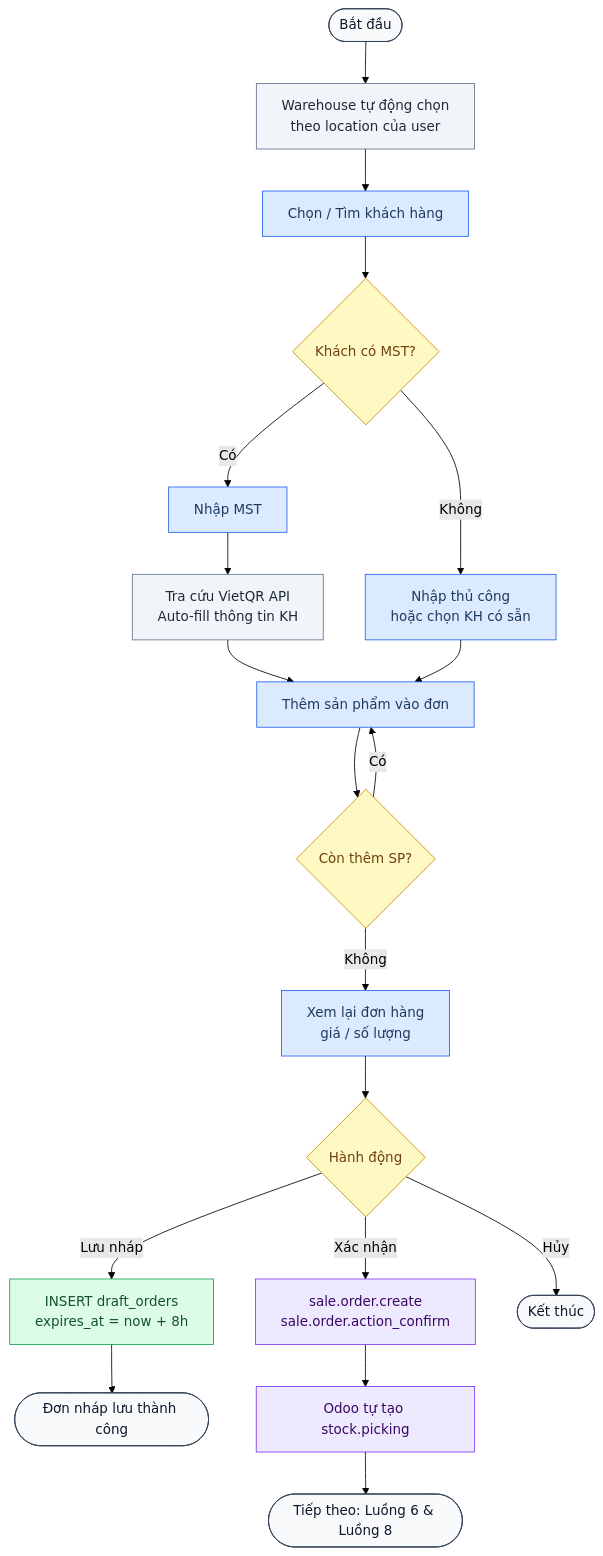
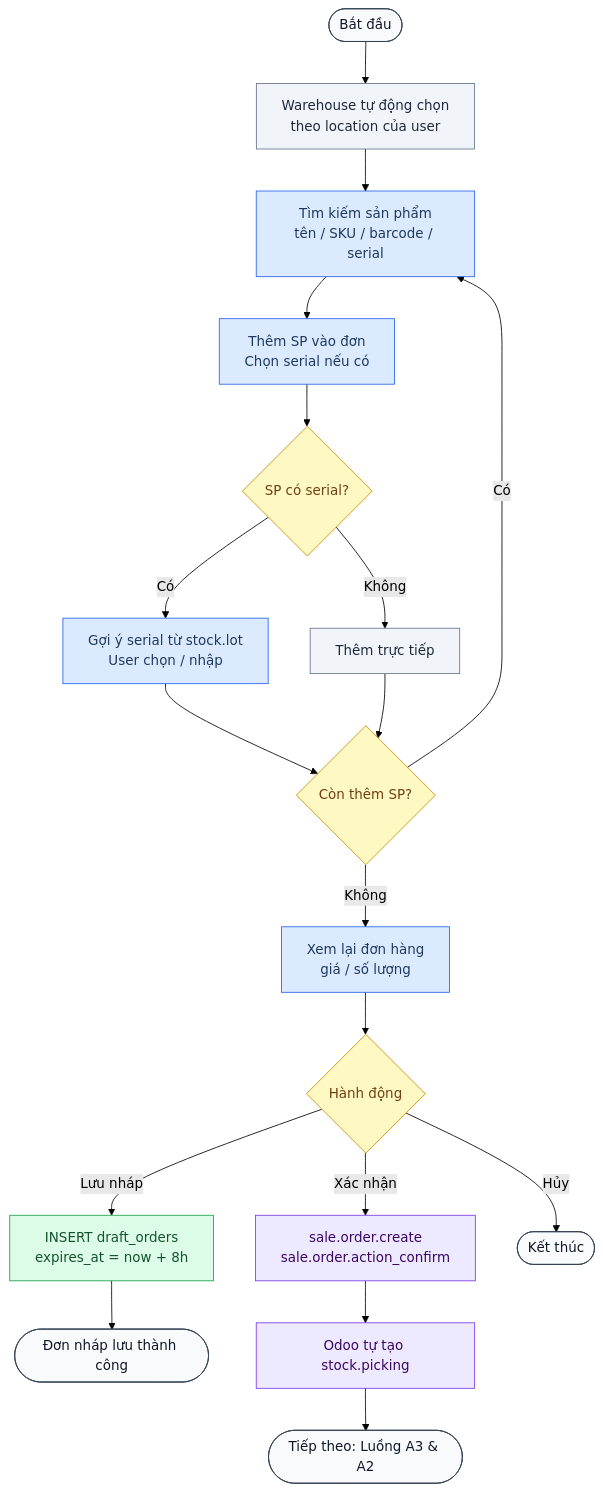
The first of 12 diagrams in docs/process_flow.md (ngohuuduc/VJ_mobile_POS), drawn with Mermaid (forest theme) before and after one commit. The commit also changed other lines of this file and 5 other files, not shown here.

````diff
--- a/docs/process_flow.md
+++ b/docs/process_flow.md
@@ -57,29 +57,28 @@
 ```mermaid
 flowchart TD
     classDef user fill:#DBEAFE,stroke:#2563EB,color:#1e3a5f
     classDef system fill:#F1F5F9,stroke:#64748B,color:#1e293b
     classDef odoo fill:#EDE9FE,stroke:#7C3AED,color:#3b0764
     classDef db fill:#DCFCE7,stroke:#16A34A,color:#14532d
     classDef decision fill:#FEF9C3,stroke:#CA8A04,color:#713f12
     classDef terminal fill:#F8FAFC,stroke:#334155,color:#0f172a
     classDef warning fill:#FEE2E2,stroke:#DC2626,color:#7f1d1d
 
     A([Bắt đầu]):::terminal --> B[Warehouse tự động chọn\ntheo location của user]:::system
-    B --> C[Chọn / Tìm khách hàng]:::user
-    C --> D{Khách có MST?}:::decision
-    D -- Có --> E[Nhập MST]:::user
-    E --> F[Tra cứu VietQR API\nAuto-fill thông tin KH]:::system
-    D -- Không --> G[Nhập thủ công\nhoặc chọn KH có sẵn]:::user
-    F --> H[Thêm sản phẩm vào đơn]:::user
+    B --> C[Tìm kiếm sản phẩm\ntên / SKU / barcode / serial]:::user
+    C --> D[Thêm SP vào đơn\nChọn serial nếu có]:::user
+    D --> E{SP có serial?}:::decision
+    E -- Có --> F[Gợi ý serial từ stock.lot\nUser chọn / nhập]:::user
+    E -- Không --> G[Thêm trực tiếp]:::system
+    F --> H{Còn thêm SP?}:::decision
     G --> H
-    H --> I{Còn thêm SP?}:::decision
-    I -- Có --> H
-    I -- Không --> J[Xem lại đơn hàng\ngiá / số lượng]:::user
-    J --> K{Hành động}:::decision
-    K -- Lưu nháp --> L[INSERT draft_orders\nexpires_at = now + 8h]:::db
-    L --> M([Đơn nháp lưu thành công]):::terminal
-    K -- Xác nhận --> N[sale.order.create\nsale.order.action_confirm]:::odoo
-    N --> O[Odoo tự tạo stock.picking]:::odoo
-    O --> P([Tiếp theo: Luồng 6 & Luồng 8]):::terminal
-    K -- Hủy --> Q([Kết thúc]):::terminal
+    H -- Có --> C
+    H -- Không --> I[Xem lại đơn hàng\ngiá / số lượng]:::user
+    I --> J{Hành động}:::decision
+    J -- Lưu nháp --> K[INSERT draft_orders\nexpires_at = now + 8h]:::db
+    K --> L([Đơn nháp lưu thành công]):::terminal
+    J -- Xác nhận --> M[sale.order.create\nsale.order.action_confirm]:::odoo
+    M --> N[Odoo tự tạo stock.picking]:::odoo
+    N --> O([Tiếp theo: Luồng A3 & A2]):::terminal
+    J -- Hủy --> P([Kết thúc]):::terminal
 ```
````
